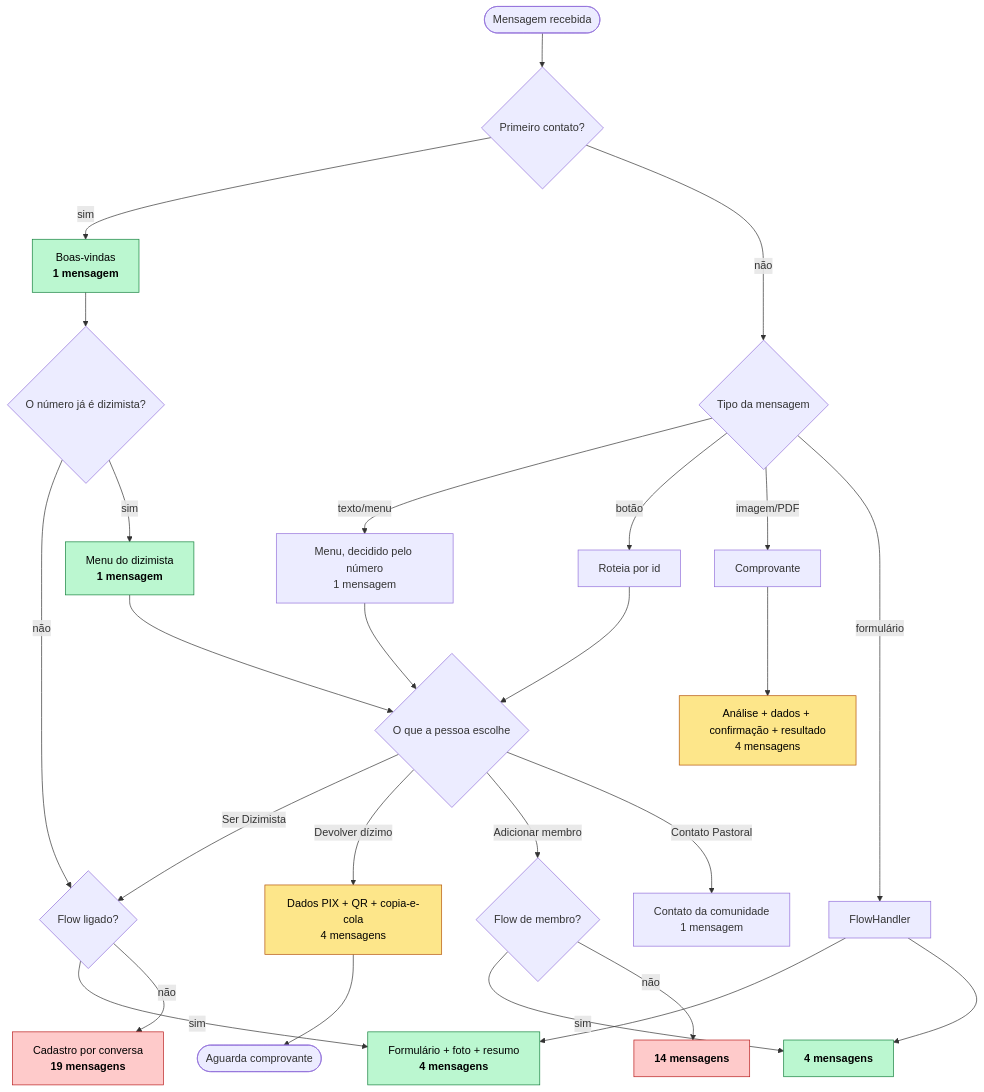
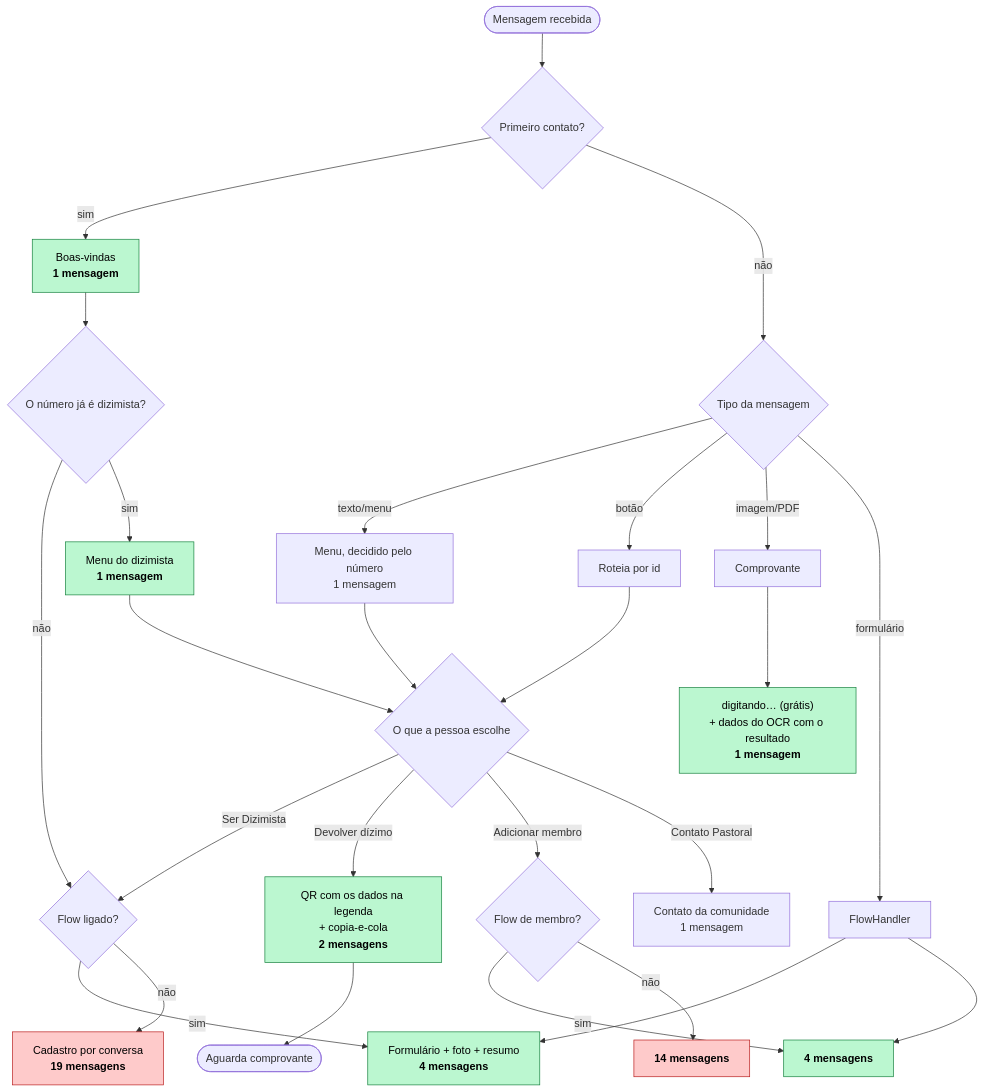
The first of 5 diagrams in Documentação/FLUXOS.md (ewertonlvale/meu-dizimo-aparecida), drawn with Mermaid before and after one commit. The commit also changed other lines of this file and 13 other files, not shown here.

````diff
--- a/Documentação/FLUXOS.md
+++ b/Documentação/FLUXOS.md
@@ -39,45 +51,45 @@
 ```mermaid
 flowchart TD
     A([Mensagem recebida]) --> B{Primeiro contato?}
     B -- sim --> C["Boas-vindas<br/><b>1 mensagem</b>"]
     C --> T{O número já é dizimista?}
     B -- não --> D{Tipo da mensagem}
 
     T -- não --> J
     T -- sim --> U["Menu do dizimista<br/><b>1 mensagem</b>"]
 
     D -- texto/menu --> E["Menu, decidido pelo número<br/>1 mensagem"]
     D -- botão --> F[Roteia por id]
     D -- imagem/PDF --> G[Comprovante]
     D -- formulário --> H[FlowHandler]
 
     E --> I{O que a pessoa escolhe}
     F --> I
     U --> I
 
     I -- Ser Dizimista --> J{Flow ligado?}
     J -- sim --> K["Formulário + foto + resumo<br/><b>4 mensagens</b>"]
     J -- não --> L["Cadastro por conversa<br/><b>19 mensagens</b>"]
 
-    I -- Devolver dízimo --> M["Dados PIX + QR + copia-e-cola<br/>4 mensagens"]
+    I -- Devolver dízimo --> M["QR com os dados na legenda<br/>+ copia-e-cola<br/><b>2 mensagens</b>"]
     M --> N([Aguarda comprovante])
-    G --> O["Análise + dados + confirmação + resultado<br/>4 mensagens"]
+    G --> O["digitando… (grátis)<br/>+ dados do OCR com o resultado<br/><b>1 mensagem</b>"]
 
     I -- Adicionar membro --> P{Flow de membro?}
     P -- sim --> Q["<b>4 mensagens</b>"]
     P -- não --> R["<b>14 mensagens</b>"]
 
     I -- Contato Pastoral --> S2["Contato da comunidade<br/>1 mensagem"]
 
     H --> K
     H --> Q
 
-    style M fill:#fde68a,stroke:#b45309,color:#000
-    style O fill:#fde68a,stroke:#b45309,color:#000
+    style M fill:#bbf7d0,stroke:#15803d,color:#000
+    style O fill:#bbf7d0,stroke:#15803d,color:#000
     style L fill:#fecaca,stroke:#b91c1c,color:#000
     style R fill:#fecaca,stroke:#b91c1c,color:#000
     style K fill:#bbf7d0,stroke:#15803d,color:#000
     style Q fill:#bbf7d0,stroke:#15803d,color:#000
     style C fill:#bbf7d0,stroke:#15803d,color:#000
     style U fill:#bbf7d0,stroke:#15803d,color:#000
 ```
````
